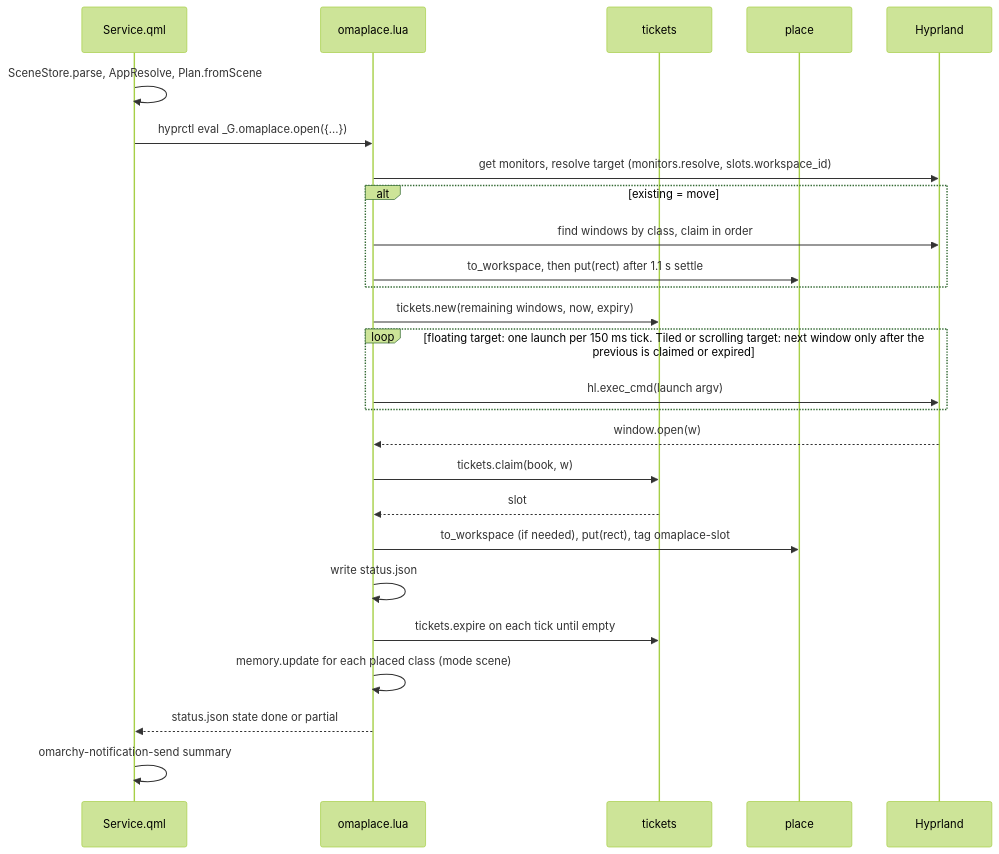
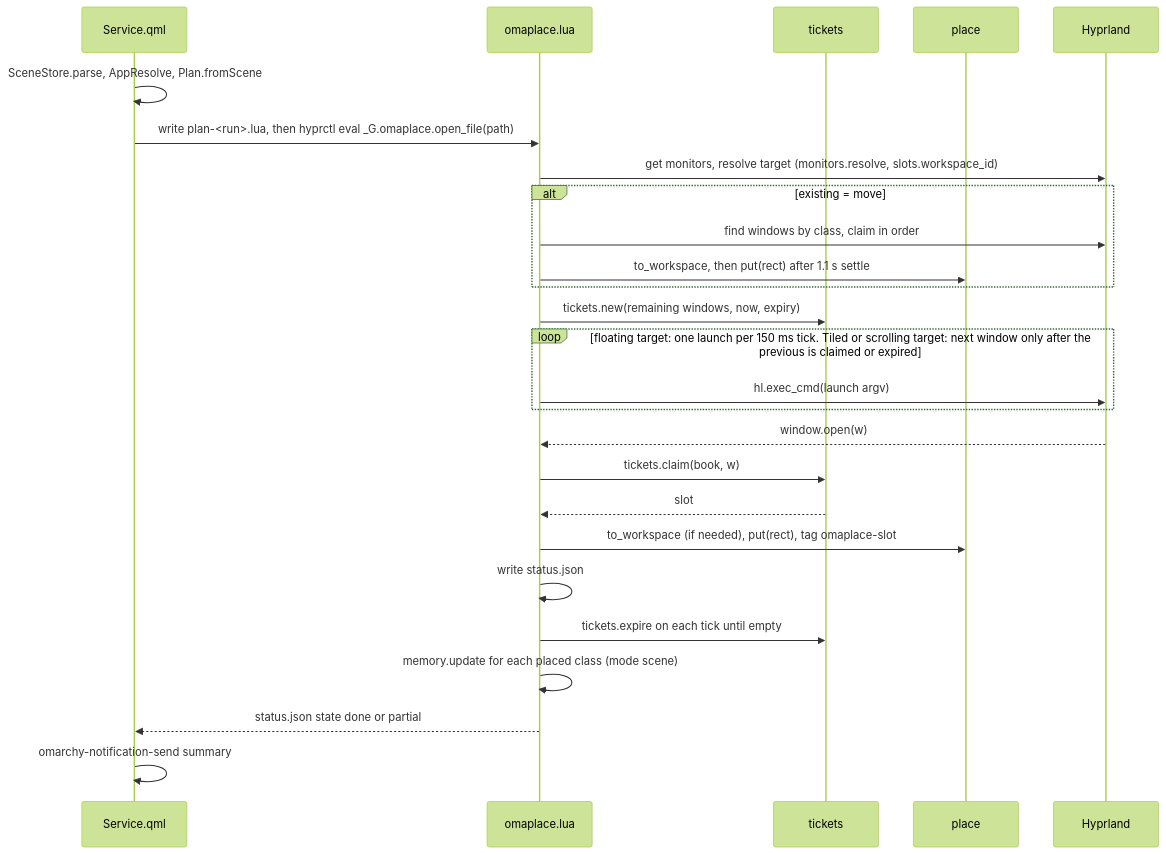
One commit to felipecpaiva/omaplace changed the fourth of 5 diagrams in docs/design.md. Above: the diagram before and after it, drawn with Mermaid (forest theme). The commit also changed other lines of this file, not shown here.

````diff
--- a/docs/design.md
+++ b/docs/design.md
@@ -473,28 +473,28 @@
 ```mermaid
 sequenceDiagram
   participant S as Service.qml
   participant G as omaplace.lua
   participant T as tickets
   participant P as place
   participant H as Hyprland
   S->>S: SceneStore.parse, AppResolve, Plan.fromScene
-  S->>G: hyprctl eval _G.omaplace.open({...})
+  S->>G: write plan-<run>.lua, then hyprctl eval _G.omaplace.open_file(path)
   G->>H: get monitors, resolve target (monitors.resolve, slots.workspace_id)
   alt existing = move
     G->>H: find windows by class, claim in order
     G->>P: to_workspace, then put(rect) after 1.1 s settle
   end
   G->>T: tickets.new(remaining windows, now, expiry)
   loop floating target: one launch per 150 ms tick. Tiled or scrolling target: next window only after the previous is claimed or expired
     G->>H: hl.exec_cmd(launch argv)
   end
   H-->>G: window.open(w)
   G->>T: tickets.claim(book, w)
   T-->>G: slot
   G->>P: to_workspace (if needed), put(rect), tag omaplace-slot
   G->>G: write status.json
   G->>T: tickets.expire on each tick until empty
   G->>G: memory.update for each placed class (mode scene)
   G-->>S: status.json state done or partial
   S->>S: omarchy-notification-send summary
 ```
````
